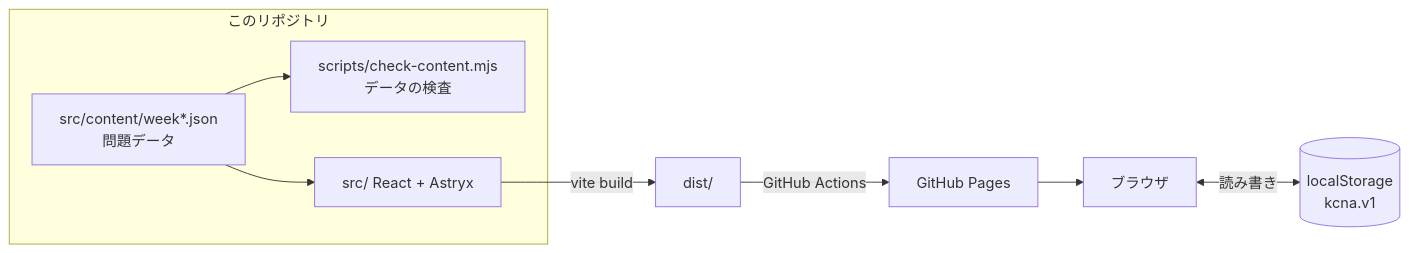
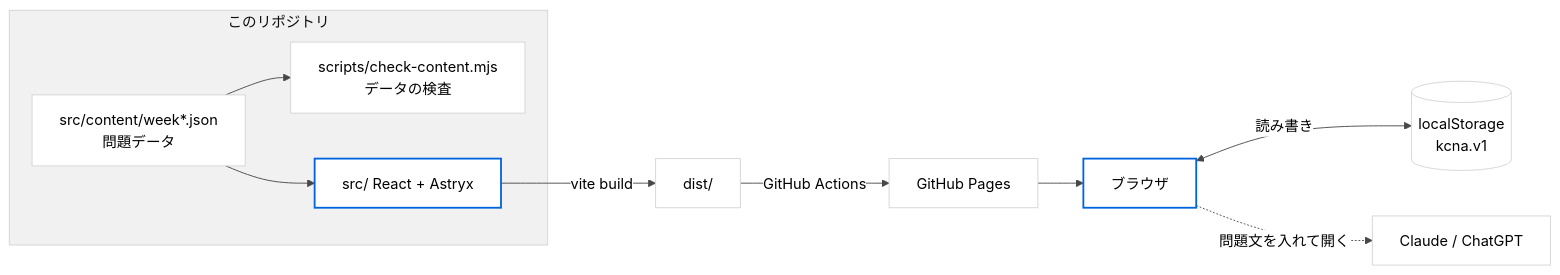
One commit to maco165/kcna-dojo changed the first of 2 diagrams in README.md. Above: the diagram before and after it, drawn with Mermaid. The commit also changed other lines of this file and 8 other files, not shown here.

````diff
--- a/README.md
+++ b/README.md
@@ -13,14 +35,18 @@
 ```mermaid
+%%{init: {'theme': 'base', 'themeVariables': {'fontFamily': 'Figtree, -apple-system, Segoe UI, sans-serif', 'primaryColor': '#ffffff', 'primaryTextColor': '#000000', 'primaryBorderColor': '#d4d4d4', 'lineColor': '#474747', 'clusterBkg': '#f1f1f1', 'clusterBorder': '#d4d4d4', 'tertiaryColor': '#f1f1f1'}}}%%
 flowchart LR
   subgraph repo[このリポジトリ]
     json[src/content/week*.json<br/>問題データ]
     check[scripts/check-content.mjs<br/>データの検査]
     app[src/ React + Astryx]
   end
   json --> check
   json --> app
   app -->|vite build| dist[dist/]
   dist -->|GitHub Actions| pages[GitHub Pages]
   pages --> browser[ブラウザ]
   browser <-->|読み書き| ls[(localStorage<br/>kcna.v1)]
+  browser -.->|問題文を入れて開く| ai[Claude / ChatGPT]
+  classDef accent stroke:#0064E0,stroke-width:2px;
+  class app,browser accent;
 ```
````
